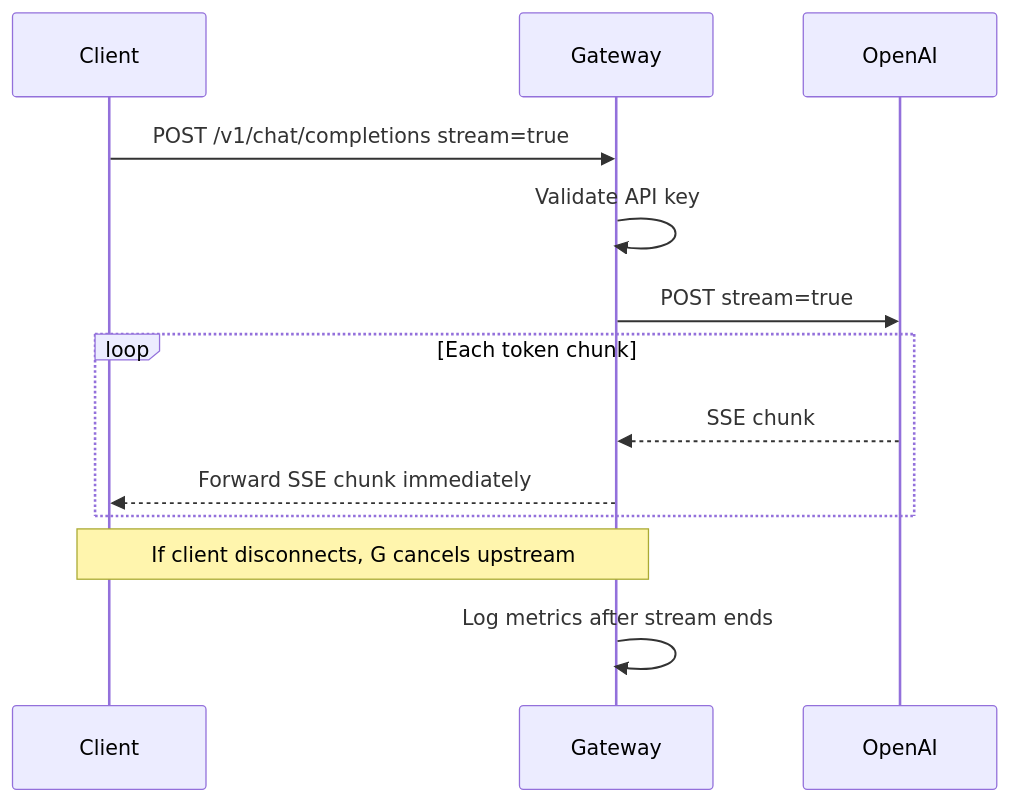
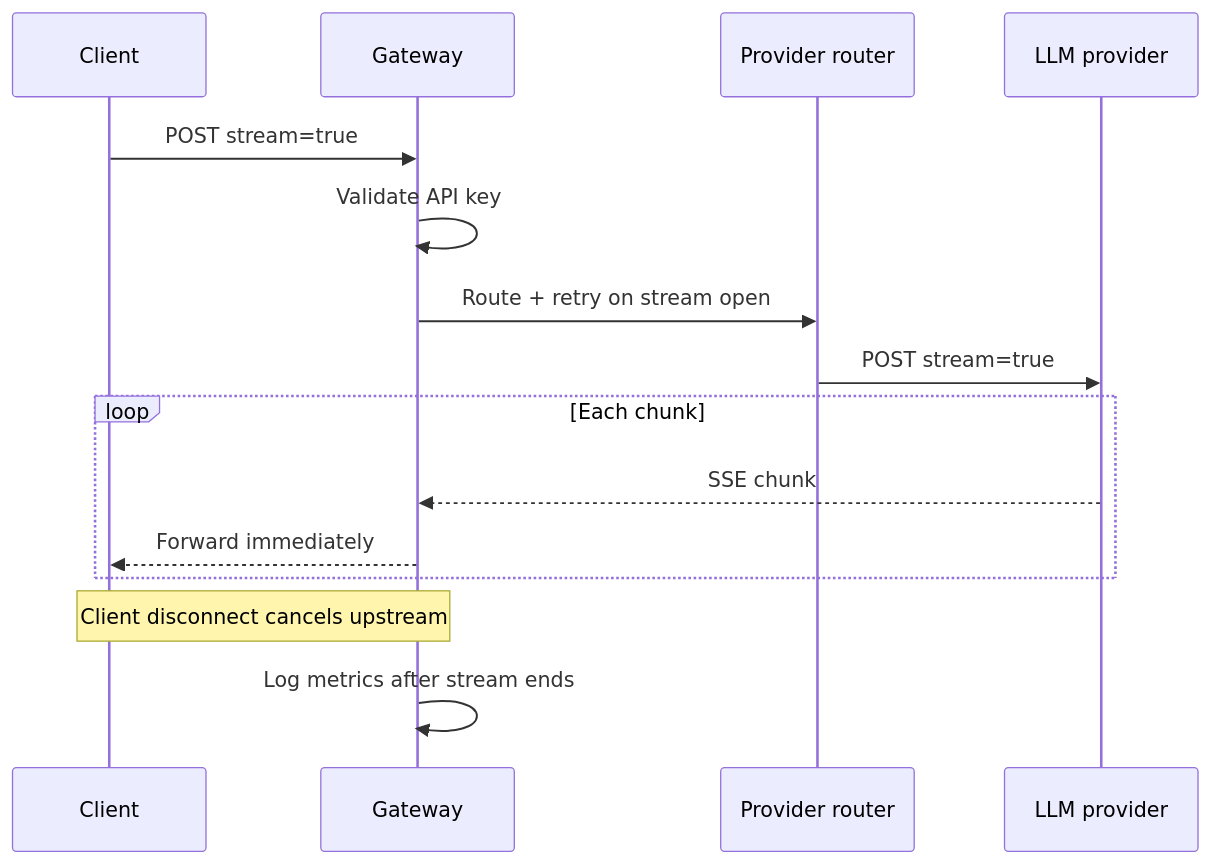
One commit to AseelHerzallah1/llm-gateway changed the third of 4 diagrams in docs/ARCHITECTURE.md. Above: the diagram before and after it, drawn with Mermaid. The commit also changed other lines of this file and 23 other files, not shown here.

````diff
--- a/docs/ARCHITECTURE.md
+++ b/docs/ARCHITECTURE.md
@@ -40,16 +61,18 @@
 ```mermaid
 sequenceDiagram
     participant C as Client
     participant G as Gateway
-    participant O as OpenAI
+    participant R as Provider router
+    participant P as LLM provider
 
-    C->>G: POST /v1/chat/completions stream=true
+    C->>G: POST stream=true
     G->>G: Validate API key
-    G->>O: POST stream=true
-    loop Each token chunk
-        O-->>G: SSE chunk
-        G-->>C: Forward SSE chunk immediately
+    G->>R: Route + retry on stream open
+    R->>P: POST stream=true
+    loop Each chunk
+        P-->>G: SSE chunk
+        G-->>C: Forward immediately
     end
-    Note over C,G: If client disconnects, G cancels upstream
+    Note over C,G: Client disconnect cancels upstream
     G->>G: Log metrics after stream ends
 ```
````
